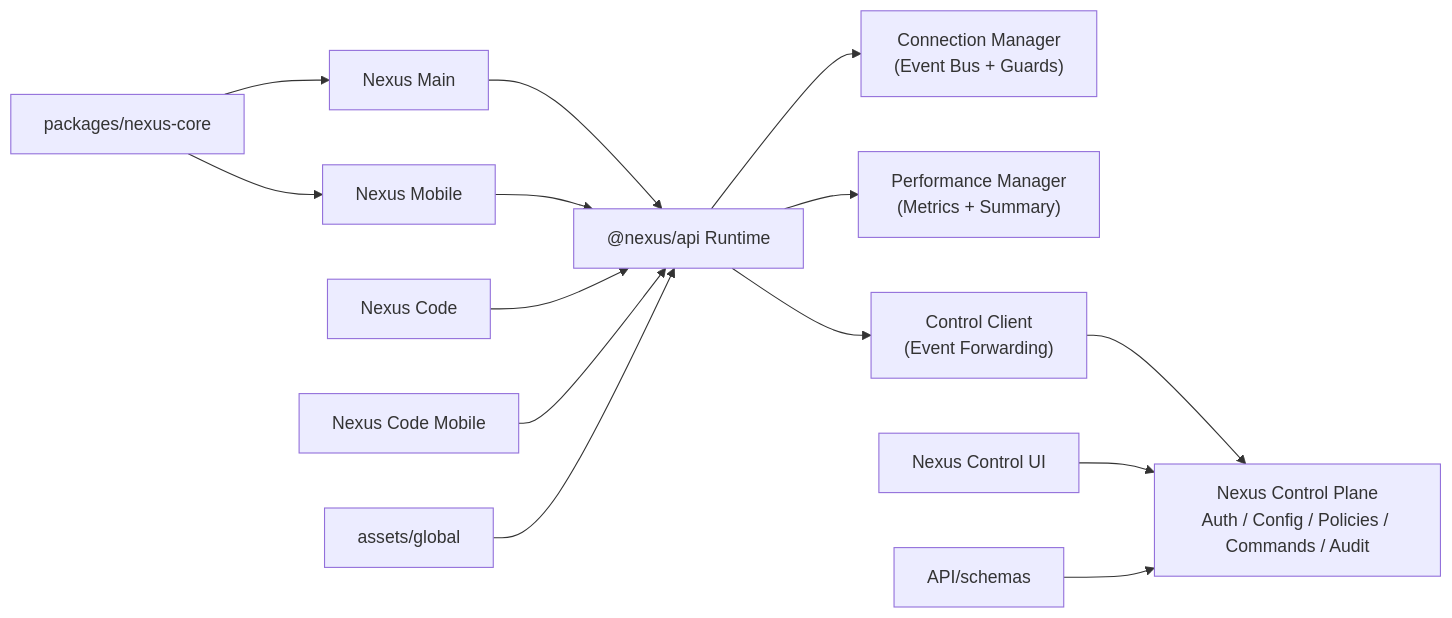
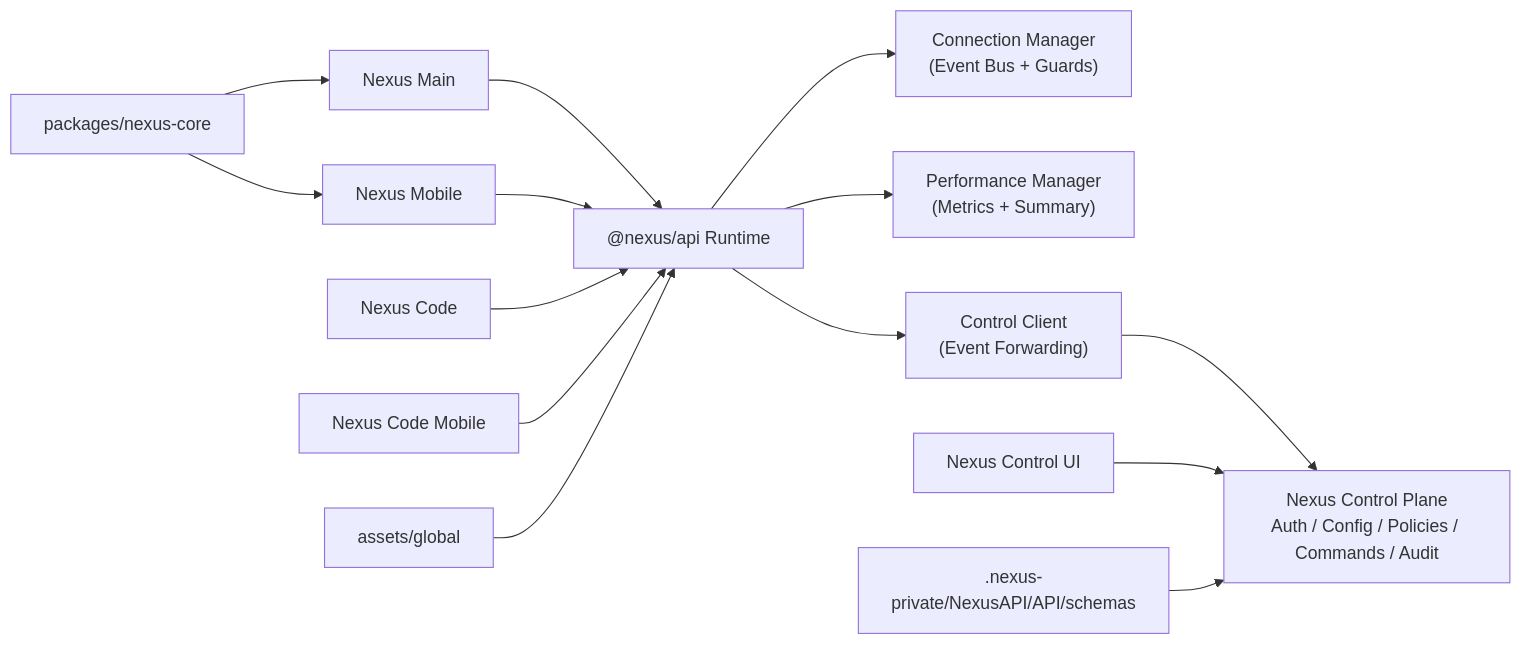
The diagram in README.md (YoungJibbit95/Nexus-Ecosystem), drawn with Mermaid before and after one commit. The commit also changed other lines of this file and 8 other files, not shown here.

Commit message:
Control UI: GitHub Pages + Private API Handshake

````diff
--- a/README.md
+++ b/README.md
@@ -60,19 +60,19 @@
 ```mermaid
 flowchart LR
   A["Nexus Main"] --> R["@nexus/api Runtime"]
   B["Nexus Mobile"] --> R
   C["Nexus Code"] --> R
   D["Nexus Code Mobile"] --> R
 
   R --> E["Connection Manager\n(Event Bus + Guards)"]
   R --> F["Performance Manager\n(Metrics + Summary)"]
   R --> G["Control Client\n(Event Forwarding)"]
 
   G --> H["Nexus Control Plane\nAuth / Config / Policies / Commands / Audit"]
   I["Nexus Control UI"] --> H
 
-  J["API/schemas"] --> H
+  J[".nexus-private/NexusAPI/API/schemas"] --> H
   K["packages/nexus-core"] --> A
   K --> B
   L["assets/global"] --> R
 ```
````
